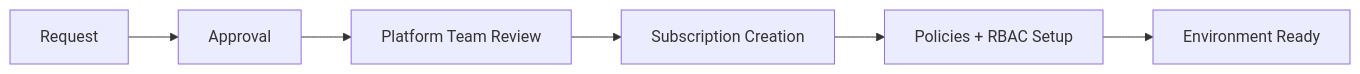
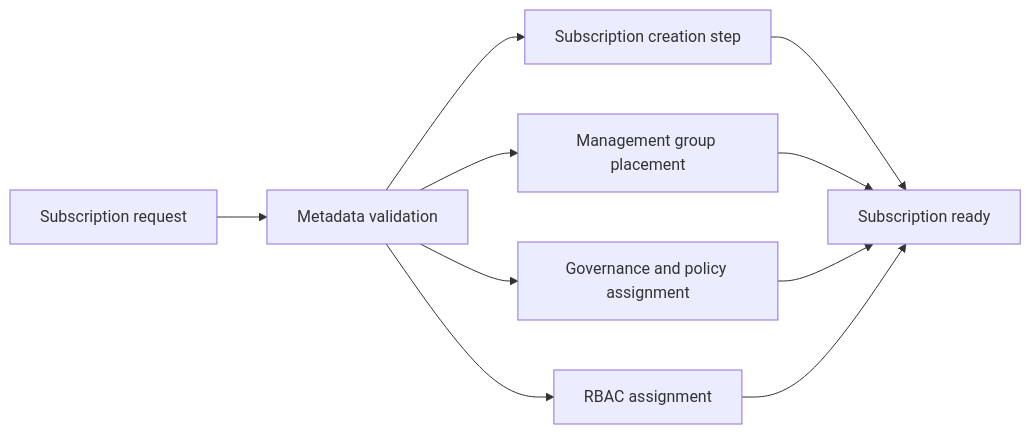
The diagram in README.md (pankajdsgithub/azure-subscription-vending), drawn with Mermaid before and after one commit. The commit also changed other lines of this file and 19 other files, not shown here.

````diff
--- a/README.md
+++ b/README.md
@@ -5,8 +5,12 @@
 ```mermaid
 flowchart LR
-    A[Request] --> B[Approval]
-    B --> C[Platform Team Review]
-    C --> D[Subscription Creation]
-    D --> E[Policies + RBAC Setup]
-    E --> F[Environment Ready]
+    A[Subscription request] --> B[Metadata validation]
+    B --> C[Subscription creation step]
+    B --> D[Management group placement]
+    B --> E[Governance and policy assignment]
+    B --> F[RBAC assignment]
+    C --> G[Subscription ready]
+    D --> G
+    E --> G
+    F --> G
 ```
````
